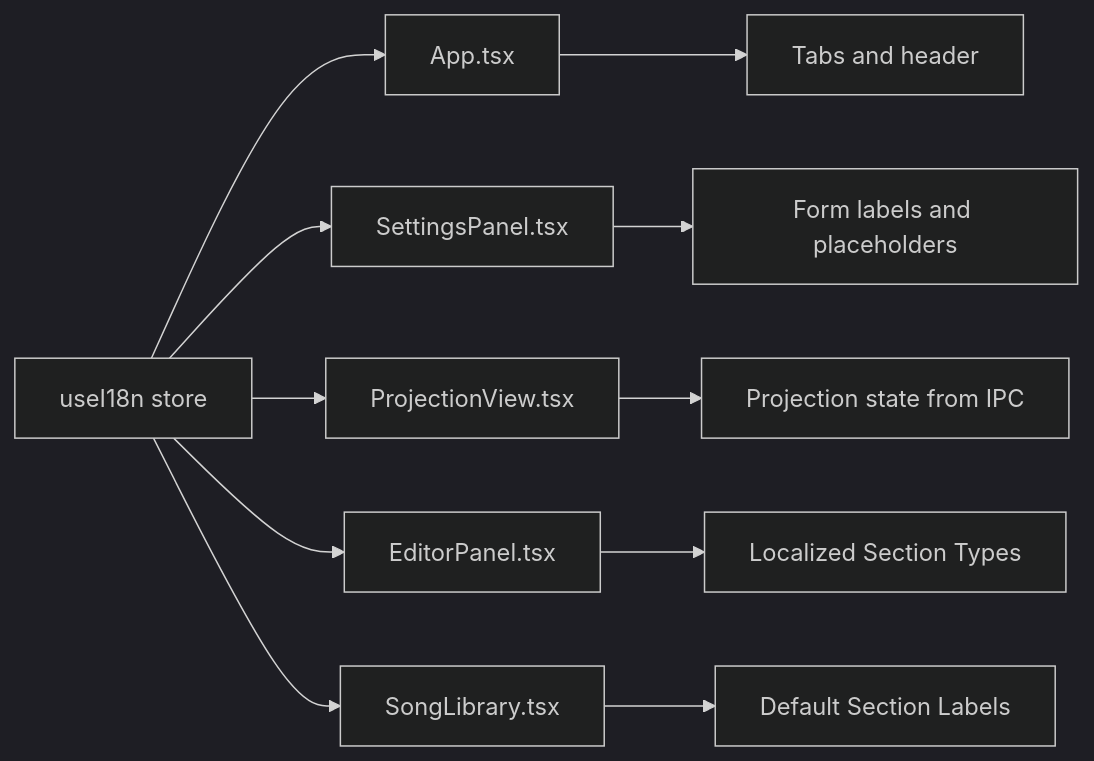
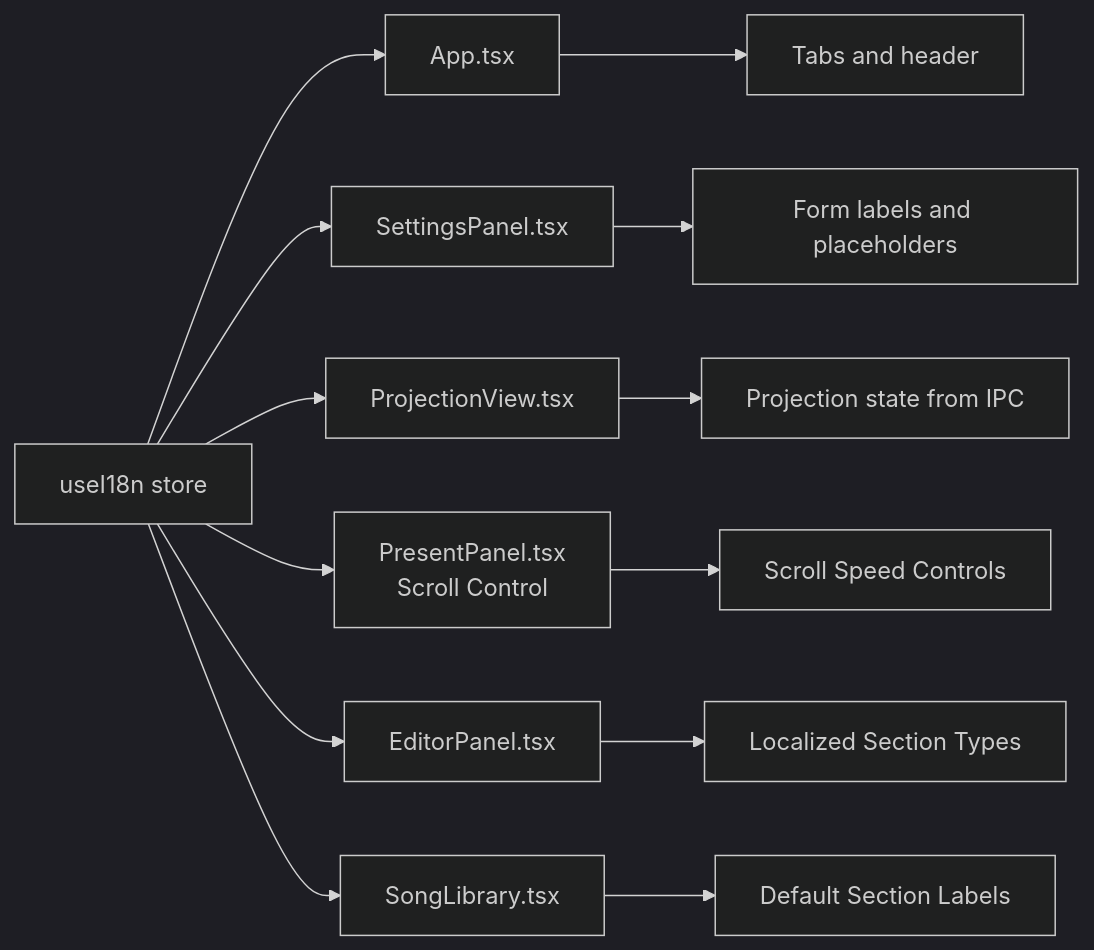
Before and after one commit to jimmywyk/lyricdeck: the fifth of 6 diagrams in .qoder/repowiki/en/content/Internationalization.md, drawn with Mermaid (dark theme). The commit also changed other lines of this file and 8 other files, not shown here.

````diff
--- a/.qoder/repowiki/en/content/Internationalization.md
+++ b/.qoder/repowiki/en/content/Internationalization.md
@@ -225,13 +235,15 @@
 ```mermaid
 graph LR
 Store["useI18n store"] --> App["App.tsx"]
 Store --> Settings["SettingsPanel.tsx"]
 Store --> Projection["ProjectionView.tsx"]
+Store --> Present["PresentPanel.tsx<br/>Scroll Control"]
 Store --> Editor["EditorPanel.tsx"]
 Store --> Library["SongLibrary.tsx"]
 App --> Tabs["Tabs and header"]
 Settings --> Form["Form labels and placeholders"]
 Projection --> State["Projection state from IPC"]
+Present --> Controls["Scroll Speed Controls"]
 Editor --> Actions["Localized Section Types"]
 Library --> DefaultLabels["Default Section Labels"]
 ```
````
